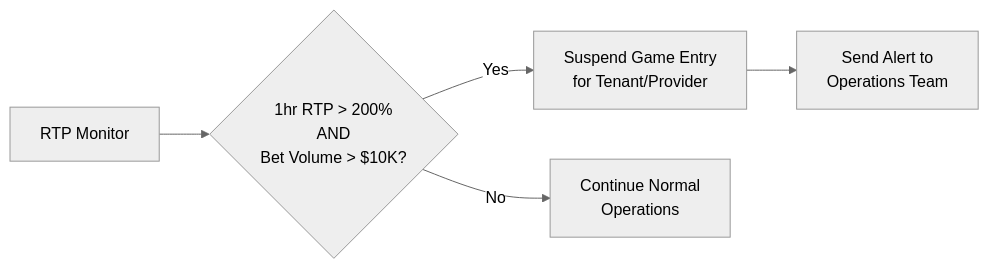
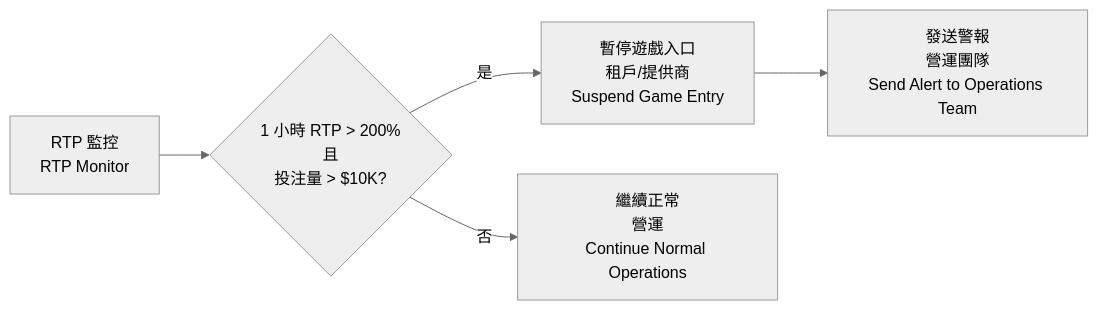
One commit to ron03wlb/smart-admin changed the seventh of 12 diagrams in docs/iGaming/architecture/00_Overview/Platform_Architecture.md. Above: the diagram before and after it, drawn with Mermaid (neutral theme). The commit also changed other lines of this file, not shown here.

First line of the commit message:
docs(iGaming): translate Platform_Architecture.md to Traditional Chinese

````diff
--- a/docs/iGaming/architecture/00_Overview/Platform_Architecture.md
+++ b/docs/iGaming/architecture/00_Overview/Platform_Architecture.md
@@ -325,7 +325,7 @@
 ```mermaid
 flowchart LR
-    MONITOR[RTP Monitor] --> CHECK{1hr RTP > 200%<br/>AND<br/>Bet Volume > $10K?}
-    CHECK -->|Yes| SUSPEND[Suspend Game Entry<br/>for Tenant/Provider]
-    CHECK -->|No| CONTINUE[Continue Normal<br/>Operations]
-    SUSPEND --> ALERT[Send Alert to<br/>Operations Team]
+    MONITOR[RTP 監控<br/>RTP Monitor] --> CHECK{1 小時 RTP > 200%<br/>且<br/>投注量 > $10K?}
+    CHECK -->|是| SUSPEND[暫停遊戲入口<br/>租戶/提供商<br/>Suspend Game Entry]
+    CHECK -->|否| CONTINUE[繼續正常<br/>營運<br/>Continue Normal Operations]
+    SUSPEND --> ALERT[發送警報<br/>營運團隊<br/>Send Alert to Operations Team]
 ```
````
